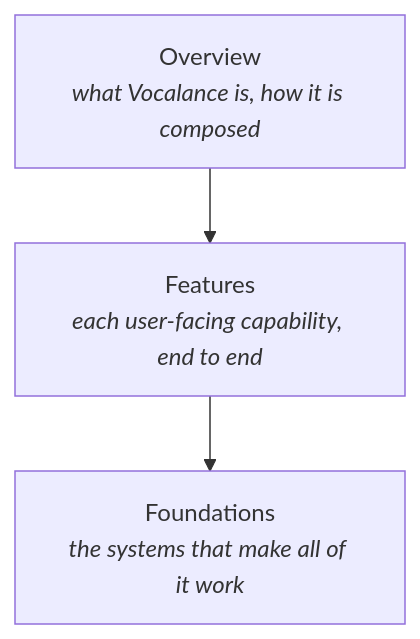
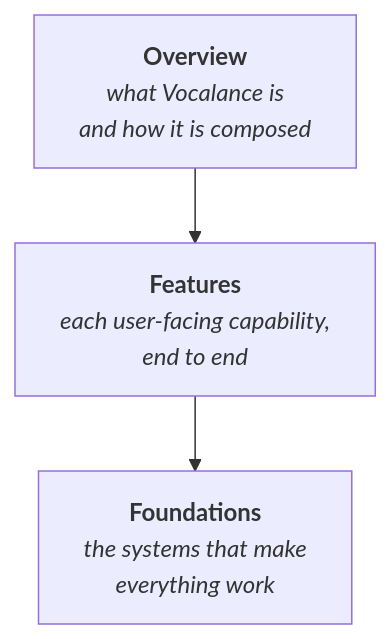
One commit to rick12000/vocalance changed the diagram in docs/developer/overview/introduction.rst. Above: the diagram before and after it, drawn with Mermaid. The commit also changed other lines of this file and 12 other files, not shown here.

```diff
--- a/docs/developer/overview/introduction.rst
+++ b/docs/developer/overview/introduction.rst
@@ -32,8 +24,7 @@
 .. mermaid::
 
    flowchart TB
-       O[Overview<br/><i>what Vocalance is, how it is composed</i>]
-       F[Features<br/><i>each user-facing capability, end to end</i>]
-       I[Foundations<br/><i>the systems that make all of it work</i>]
-       O --> F
-       F --> I
+       O[<b>Overview</b><br/><i>what Vocalance is<br/>and how it is composed</i>]
+       F[<b>Features</b><br/><i>each user-facing capability,<br/>end to end</i>]
+       I[<b>Foundations</b><br/><i>the systems that make<br/>everything work</i>]
+       O --> F --> I
```
